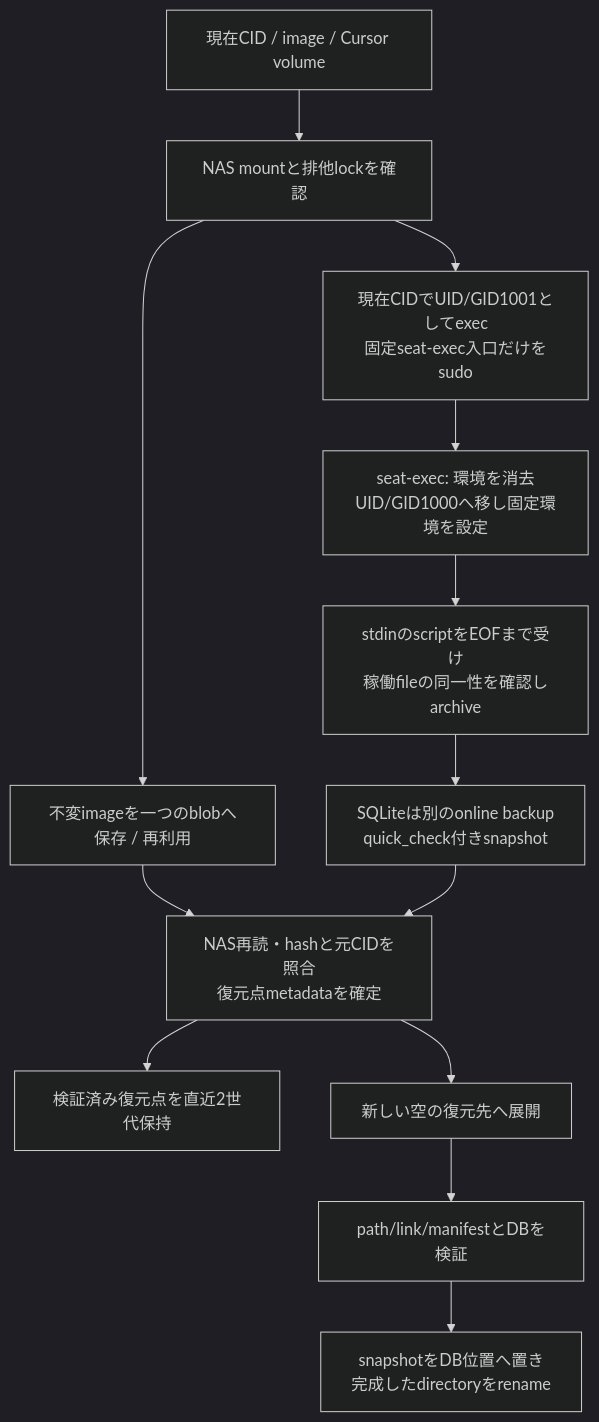
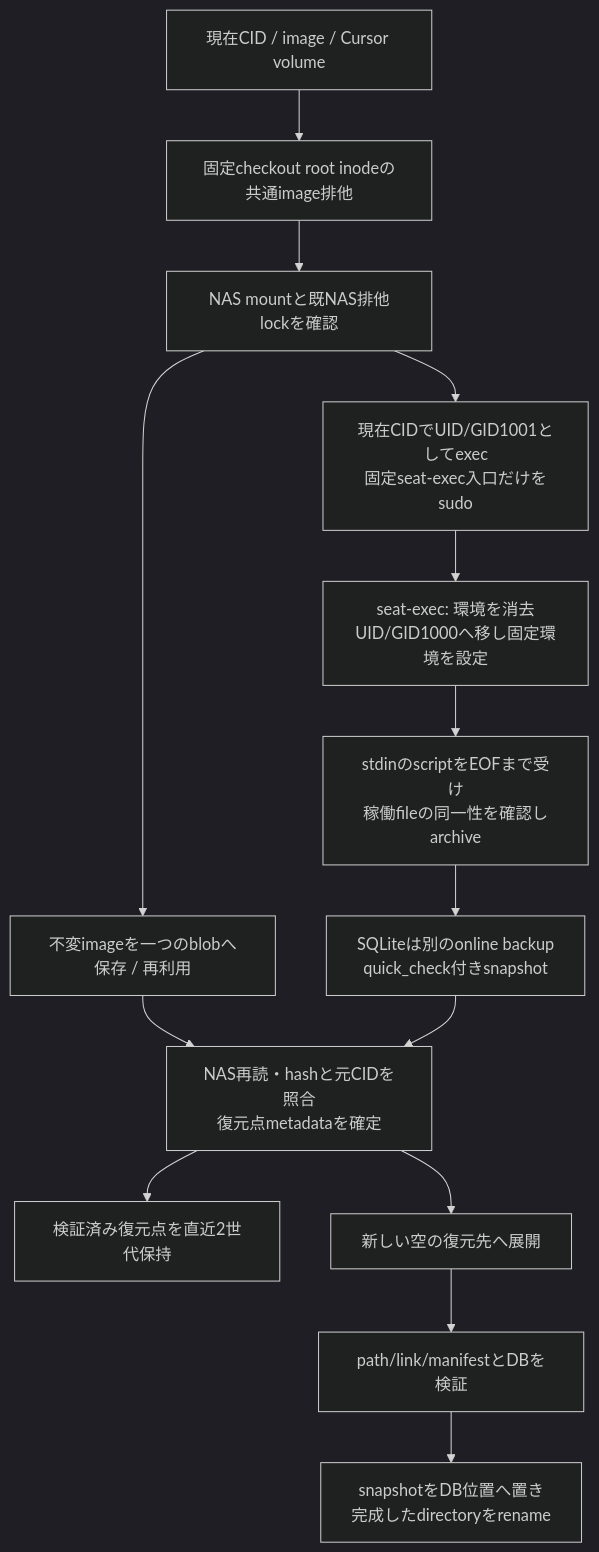
The third of 4 diagrams in docs/architecture/modules/runtime/recovery.md (kitepon/BellTeam), drawn with Mermaid (dark theme) before and after one commit. The commit also changed other lines of this file and 5 other files, not shown here.

Commit message:
Separate normal cleanup from NAS and share image operation lock

````diff
--- a/docs/architecture/modules/runtime/recovery.md
+++ b/docs/architecture/modules/runtime/recovery.md
@@ -67,15 +67,16 @@
 ```mermaid
 flowchart TD
-  Running["現在CID / image / Cursor volume"] --> Guard["NAS mountと排他lockを確認"]
+  Running["現在CID / image / Cursor volume"] --> Lock["固定checkout root inodeの共通image排他"]
+  Lock --> Guard["NAS mountと既NAS排他lockを確認"]
   Guard --> Image["不変imageを一つのblobへ保存 / 再利用"]
   Guard --> Server["現在CIDでUID/GID1001としてexec<br/>固定seat-exec入口だけをsudo"]
   Server --> Seat["seat-exec: 環境を消去<br/>UID/GID1000へ移し固定環境を設定"]
   Seat --> Archive["stdinのscriptをEOFまで受け<br/>稼働fileの同一性を確認しarchive"]
   Archive --> SQLite["SQLiteは別のonline backup<br/>quick_check付きsnapshot"]
   Image --> Point["NAS再読・hashと元CIDを照合<br/>復元点metadataを確定"]
   SQLite --> Point
   Point --> Retain["検証済み復元点を直近2世代保持"]
   Point --> Restore["新しい空の復元先へ展開"]
   Restore --> Check["path/link/manifestとDBを検証"]
   Check --> Publish["snapshotをDB位置へ置き<br/>完成したdirectoryをrename"]
 ```
````
